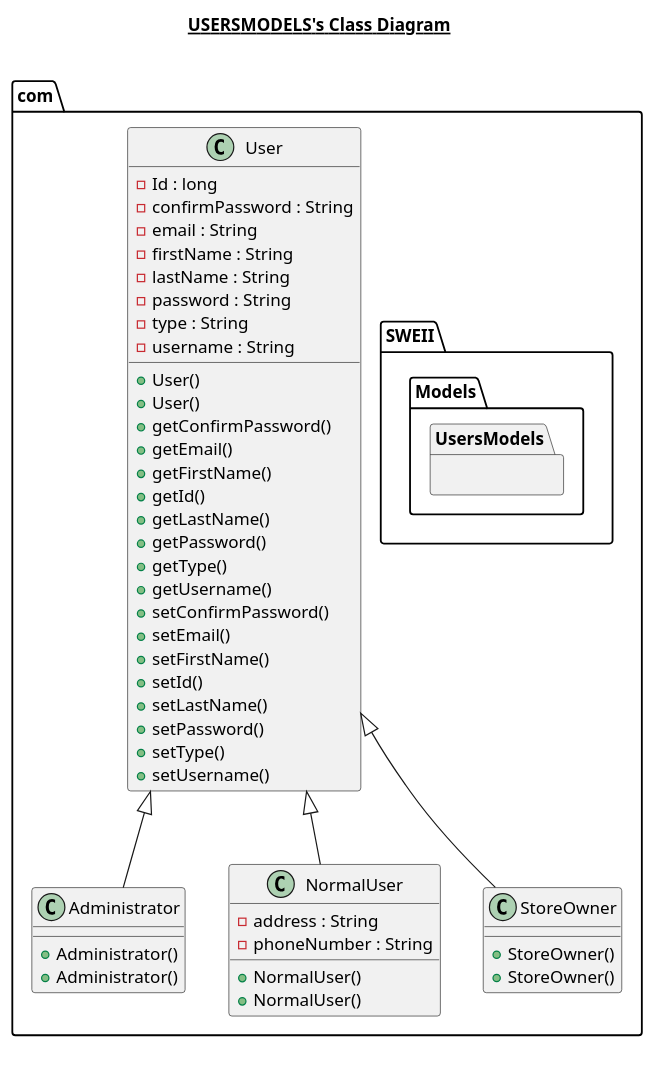
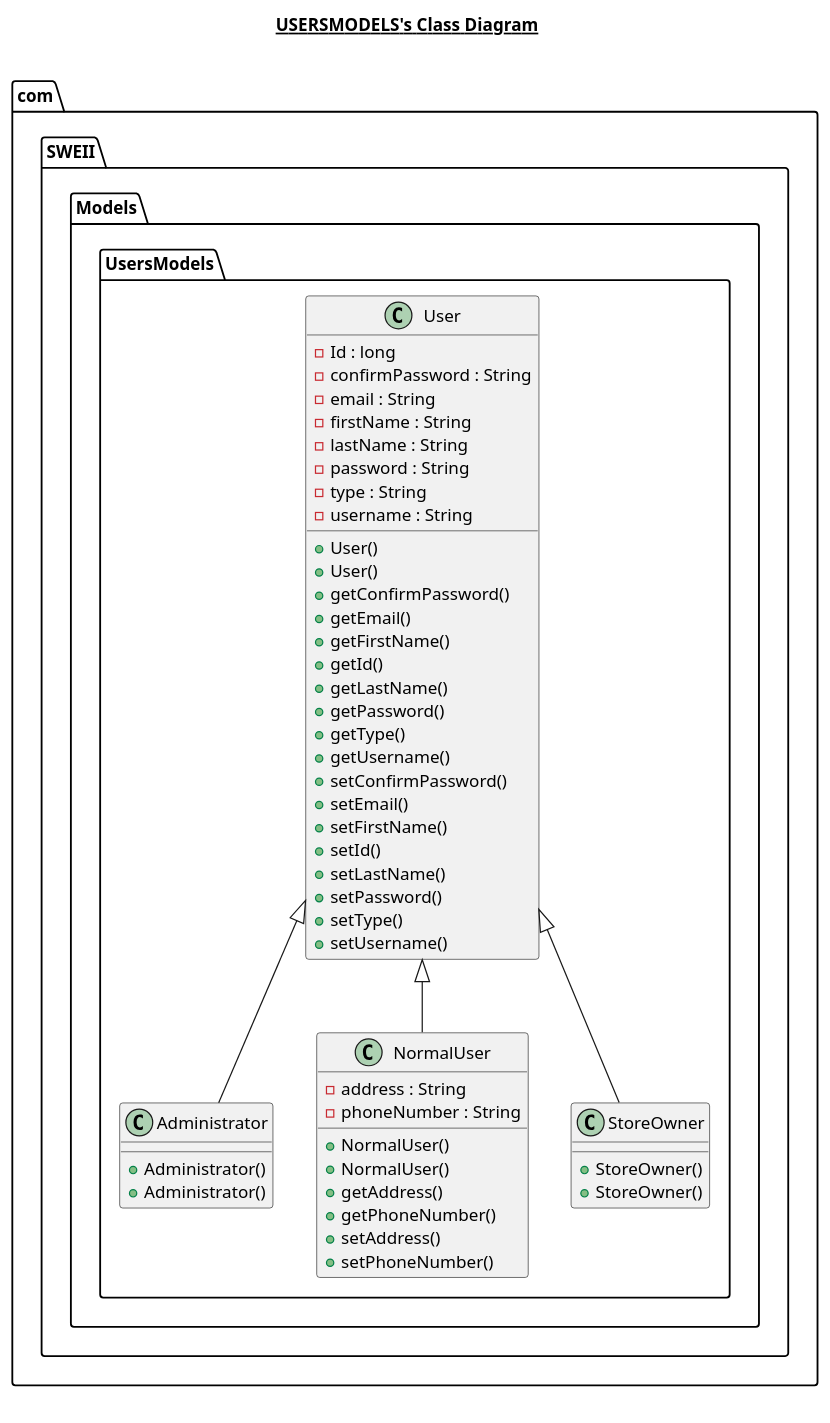
Before and after one commit to mariam-william/Online_Store_Platform: the diagram in src/main/java/com/SWEII/Models/UsersModels/UsersModels.plantuml, drawn with PlantUML. The commit also changed 15 other files, not shown here.

```diff
--- a/src/main/java/com/SWEII/Models/UsersModels/UsersModels.plantuml
+++ b/src/main/java/com/SWEII/Models/UsersModels/UsersModels.plantuml
@@ -1,80 +1,84 @@
 @startuml
 
 title __USERSMODELS's Class Diagram__\n
 
   namespace com.SWEII {
     namespace Models.UsersModels {
-      class com.Administrator {
+      class com.SWEII.Models.UsersModels.Administrator {
           + Administrator()
           + Administrator()
       }
     }
   }
   
 
   namespace com.SWEII {
     namespace Models.UsersModels {
-      class com.NormalUser {
+      class com.SWEII.Models.UsersModels.NormalUser {
           - address : String
           - phoneNumber : String
           + NormalUser()
           + NormalUser()
+          + getAddress()
+          + getPhoneNumber()
+          + setAddress()
+          + setPhoneNumber()
       }
     }
   }
   
 
   namespace com.SWEII {
     namespace Models.UsersModels {
-      class com.StoreOwner {
+      class com.SWEII.Models.UsersModels.StoreOwner {
           + StoreOwner()
           + StoreOwner()
       }
     }
   }
   
 
   namespace com.SWEII {
     namespace Models.UsersModels {
-      class com.User {
+      class com.SWEII.Models.UsersModels.User {
           - Id : long
           - confirmPassword : String
           - email : String
           - firstName : String
           - lastName : String
           - password : String
           - type : String
           - username : String
           + User()
           + User()
           + getConfirmPassword()
           + getEmail()
           + getFirstName()
           + getId()
           + getLastName()
           + getPassword()
           + getType()
           + getUsername()
           + setConfirmPassword()
           + setEmail()
           + setFirstName()
           + setId()
           + setLastName()
           + setPassword()
           + setType()
           + setUsername()
       }
     }
   }
   
 
-  com.Administrator -up-|> com.User
-  com.NormalUser -up-|> com.User
-  com.StoreOwner -up-|> com.User
+  com.SWEII.Models.UsersModels.Administrator -up-|> com.SWEII.Models.UsersModels.User
+  com.SWEII.Models.UsersModels.NormalUser -up-|> com.SWEII.Models.UsersModels.User
+  com.SWEII.Models.UsersModels.StoreOwner -up-|> com.SWEII.Models.UsersModels.User
 
 
 right footer
 
 endfooter
 
 @enduml
```
